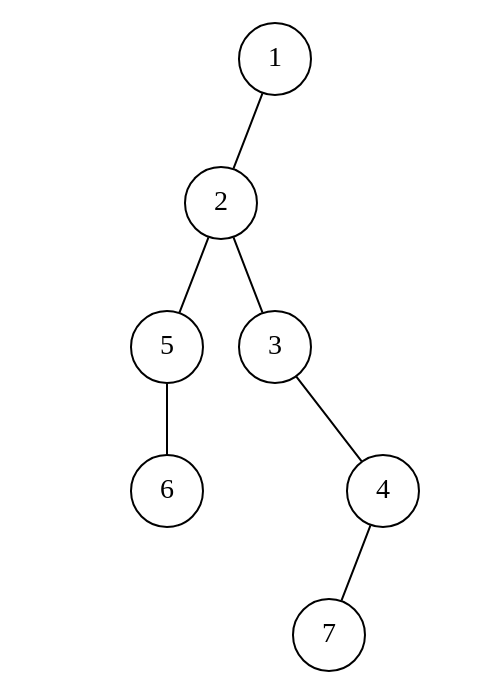
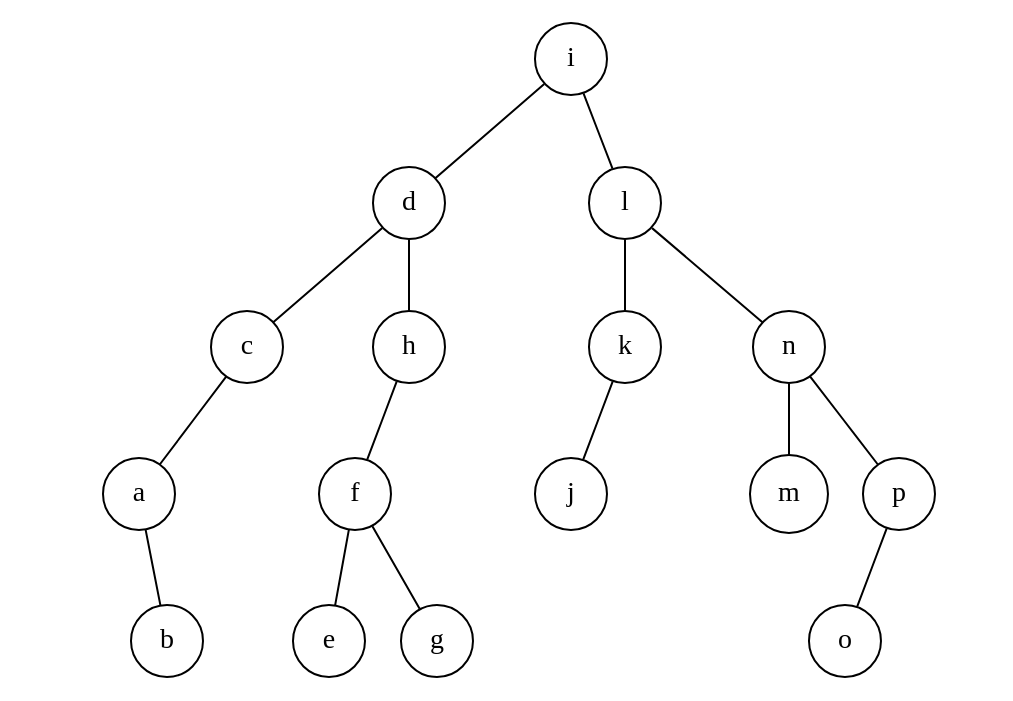
Before and after one commit to Time-Coder/Data_Structure: the diagram in Tree/BinTree/Figures/bintree.dot, drawn with Graphviz. The commit also changed 18 other files, not shown here.

```diff
--- a/Tree/BinTree/Figures/bintree.dot
+++ b/Tree/BinTree/Figures/bintree.dot
@@ -1,27 +1,47 @@
 graph BinTree
 {
 	graph[ordering="out"];
 
 	0--1;
-	0--NULL2[style="invis"];
-	1--3;
-	1--4;
-	4--NULL5[style="invis"];
+	0--2;
+	2--3;
+	2--4;
+	4--5;
 	4--6;
 	6--7;
 	6--NULL8[style="invis"];
-	3--NULL9[style="invis"];
-	3--10;
+	3--9;
+	3--NULL10[style="invis"];
+	1--11;
+	1--12;
+	12--13;
+	12--NULL14[style="invis"];
+	13--15;
+	13--16;
+	11--17;
+	11--NULL18[style="invis"];
+	17--NULL19[style="invis"];
+	17--20;
 
-	10[shape="circle",label="6"];
-	NULL9[shape="circle",label="A",style="invis"];
+	20[shape="circle",label="b"];
+	NULL19[shape="circle",label="A",style="invis"];
+	NULL18[shape="circle",label="A",style="invis"];
+	17[shape="circle",label="a"];
+	16[shape="circle",label="g"];
+	15[shape="circle",label="e"];
+	NULL14[shape="circle",label="A",style="invis"];
+	13[shape="circle",label="f"];
+	12[shape="circle",label="h"];
+	11[shape="circle",label="c"];
+	NULL10[shape="circle",label="A",style="invis"];
+	9[shape="circle",label="j"];
 	NULL8[shape="circle",label="A",style="invis"];
-	7[shape="circle",label="7"];
-	6[shape="circle",label="4"];
-	NULL5[shape="circle",label="A",style="invis"];
-	4[shape="circle",label="3"];
-	3[shape="circle",label="5"];
-	NULL2[shape="circle",label="A",style="invis"];
-	1[shape="circle",label="2"];
-	0[shape="circle",label="1"];
+	7[shape="circle",label="o"];
+	6[shape="circle",label="p"];
+	5[shape="circle",label="m"];
+	4[shape="circle",label="n"];
+	3[shape="circle",label="k"];
+	2[shape="circle",label="l"];
+	1[shape="circle",label="d"];
+	0[shape="circle",label="i"];
 }
```
